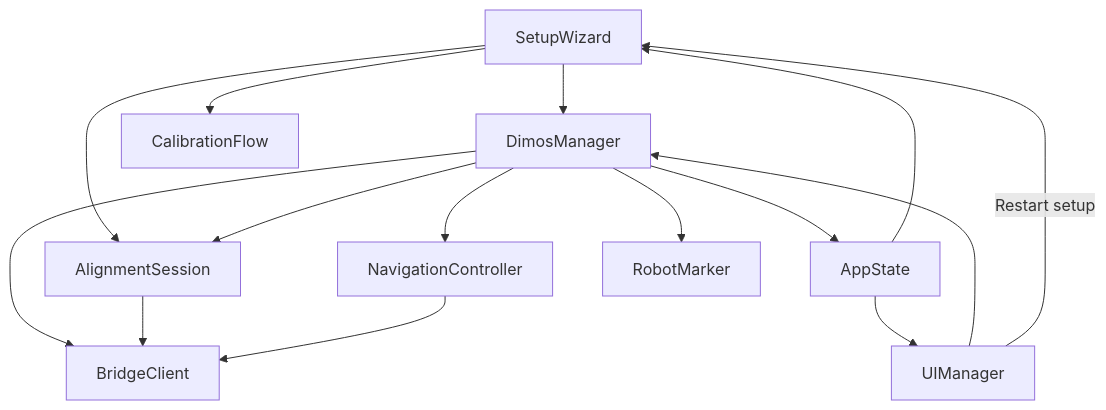
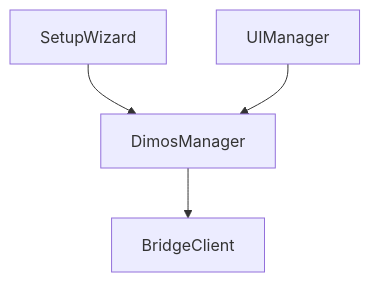
One commit to V4C38/spectacles-dimensional-os changed the second of 3 diagrams in README.md. Above: the diagram before and after it, drawn with Mermaid. The commit also changed other lines of this file and 1 other file, not shown here.

````diff
--- a/README.md
+++ b/README.md
@@ -96,17 +99,6 @@
 ```mermaid
 flowchart TB
-  SetupWizard[SetupWizard] --> DimosManager[DimosManager]
-  SetupWizard --> CalibrationFlow[CalibrationFlow]
-  SetupWizard --> AlignmentSession[AlignmentSession]
-  UIManager[UIManager] --> DimosManager
-  UIManager -->|"Restart setup"| SetupWizard
-  DimosManager --> BridgeClient[BridgeClient]
-  DimosManager --> AppState[AppState]
-  DimosManager --> AlignmentSession
-  DimosManager --> Navigation[NavigationController]
-  DimosManager --> RobotMarker[RobotMarker]
-  AppState --> UIManager
-  AppState --> SetupWizard
-  AlignmentSession --> BridgeClient
-  Navigation --> BridgeClient
+  Setup[SetupWizard] --> Manager[DimosManager]
+  UI[UIManager] --> Manager
+  Manager --> Bridge[BridgeClient]
 ```
````
